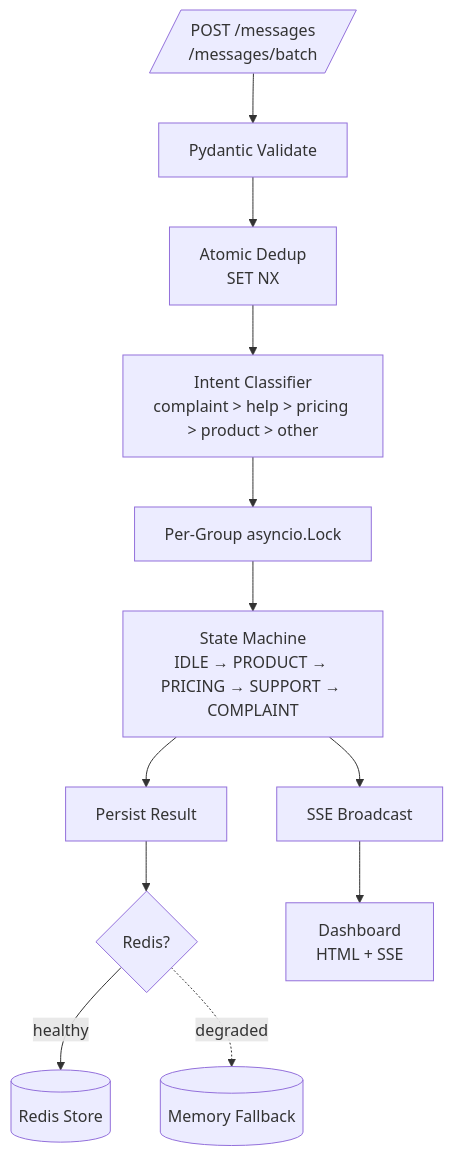
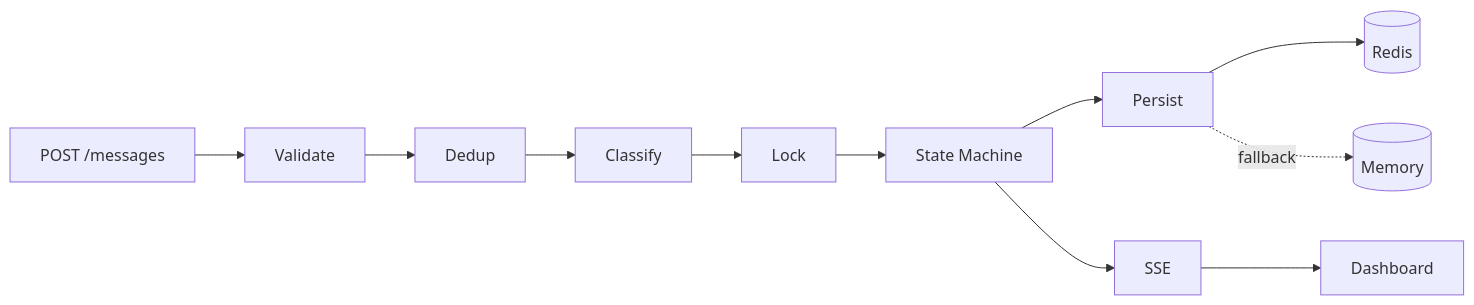
One commit to humingyu234/telegram-intent-processor changed the diagram in README.md. Above: the diagram before and after it, drawn with Mermaid.

Commit message:
fix: compact Mermaid diagram, 2-line horizontal layout

````diff
--- a/README.md
+++ b/README.md
@@ -9,15 +9,7 @@
 ```mermaid
-flowchart TD
-    API[/"POST /messages<br/>/messages/batch"/]
-    API --> Validate["Pydantic Validate"]
-    Validate --> Dedup["Atomic Dedup<br/>SET NX"]
-    Dedup --> Classify["Intent Classifier<br/>complaint > help > pricing > product > other"]
-    Classify --> Lock["Per-Group asyncio.Lock"]
-    Lock --> State["State Machine<br/>IDLE → PRODUCT → PRICING → SUPPORT → COMPLAINT"]
-    State --> Persist["Persist Result"]
-    Persist --> Redis{"Redis?"}
-    Redis -->|healthy| Red[(Redis Store)]
-    Redis -.->|degraded| Mem[(Memory Fallback)]
-    State --> SSE["SSE Broadcast"]
-    SSE --> Dash["Dashboard<br/>HTML + SSE"]
+flowchart LR
+    A[POST /messages] --> B[Validate] --> C[Dedup] --> D[Classify] --> E[Lock] --> F[State Machine] --> G[Persist]
+    G --> H[(Redis)]
+    G -.->|fallback| I[(Memory)]
+    F --> J[SSE] --> K[Dashboard]
 ```
````
